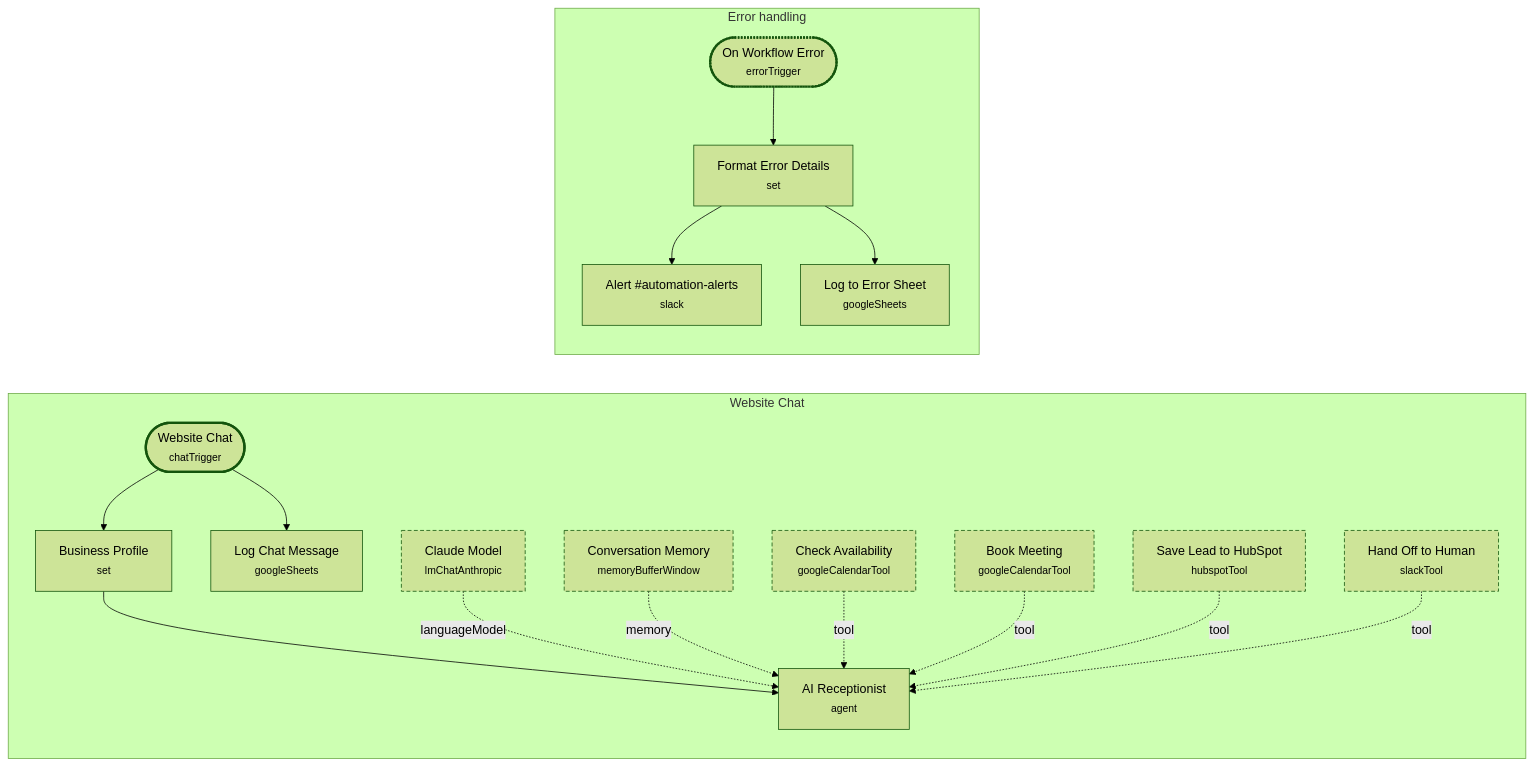
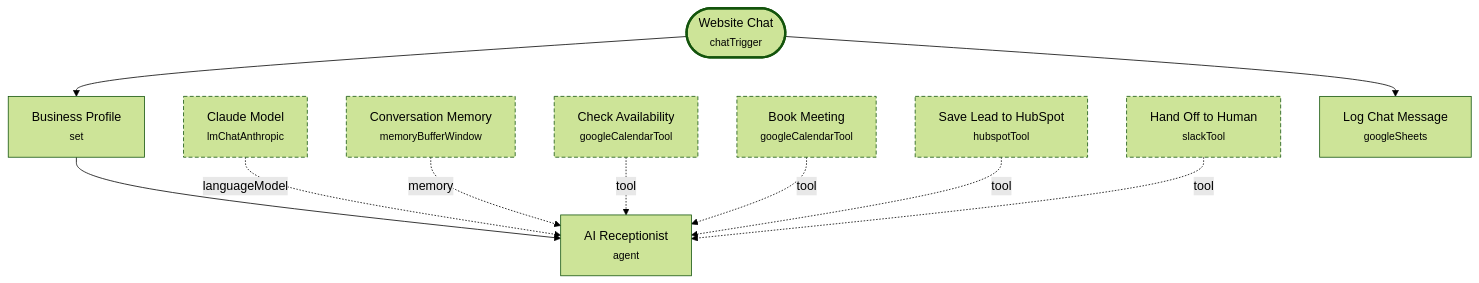
The diagram in ai_receptionist_website_chat/README.md (Redsf/n8n-workflows), drawn with Mermaid (forest theme) before and after one commit. The commit also changed other lines of this file and 33 other files, not shown here.

First line of the commit message:
refactor: single-chain lead & sales workflows with shared error handler

````diff
--- a/ai_receptionist_website_chat/README.md
+++ b/ai_receptionist_website_chat/README.md
@@ -50,41 +50,29 @@
 ```mermaid
-flowchart LR
-    subgraph G0 ["Website Chat"]
-        N0(["Website Chat<br/><small>chatTrigger</small>"])
-        N1["Business Profile<br/><small>set</small>"]
-        N2["AI Receptionist<br/><small>agent</small>"]
-        N3["Claude Model<br/><small>lmChatAnthropic</small>"]
-        N4["Conversation Memory<br/><small>memoryBufferWindow</small>"]
-        N5["Check Availability<br/><small>googleCalendarTool</small>"]
-        N6["Book Meeting<br/><small>googleCalendarTool</small>"]
-        N7["Save Lead to HubSpot<br/><small>hubspotTool</small>"]
-        N8["Hand Off to Human<br/><small>slackTool</small>"]
-        N9["Log Chat Message<br/><small>googleSheets</small>"]
-    end
-    subgraph G1 ["Error handling"]
-        N10(["On Workflow Error<br/><small>errorTrigger</small>"])
-        N11["Format Error Details<br/><small>set</small>"]
-        N12["Alert #automation-alerts<br/><small>slack</small>"]
-        N13["Log to Error Sheet<br/><small>googleSheets</small>"]
-    end
+flowchart TD
+    N0(["Website Chat<br/><small>chatTrigger</small>"])
+    N1["Business Profile<br/><small>set</small>"]
+    N2["AI Receptionist<br/><small>agent</small>"]
+    N3["Claude Model<br/><small>lmChatAnthropic</small>"]
+    N4["Conversation Memory<br/><small>memoryBufferWindow</small>"]
+    N5["Check Availability<br/><small>googleCalendarTool</small>"]
+    N6["Book Meeting<br/><small>googleCalendarTool</small>"]
+    N7["Save Lead to HubSpot<br/><small>hubspotTool</small>"]
+    N8["Hand Off to Human<br/><small>slackTool</small>"]
+    N9["Log Chat Message<br/><small>googleSheets</small>"]
     N0 --> N1
     N0 --> N9
     N1 --> N2
-    N10 --> N11
-    N11 --> N12
-    N11 --> N13
     N3 -.languageModel.-> N2
     N4 -.memory.-> N2
     N5 -.tool.-> N2
     N6 -.tool.-> N2
     N7 -.tool.-> N2
     N8 -.tool.-> N2
 
     class N0 trigger
-    class N10 errorPath
     class N3,N4,N5,N6,N7,N8 aiSubnode
     classDef trigger stroke-width:3px
     classDef aiSubnode stroke-dasharray:5 3
     classDef errorPath stroke-width:3px,stroke-dasharray:2 2
     classDef disabled stroke-dasharray:1 4,opacity:0.45
 ```
````
